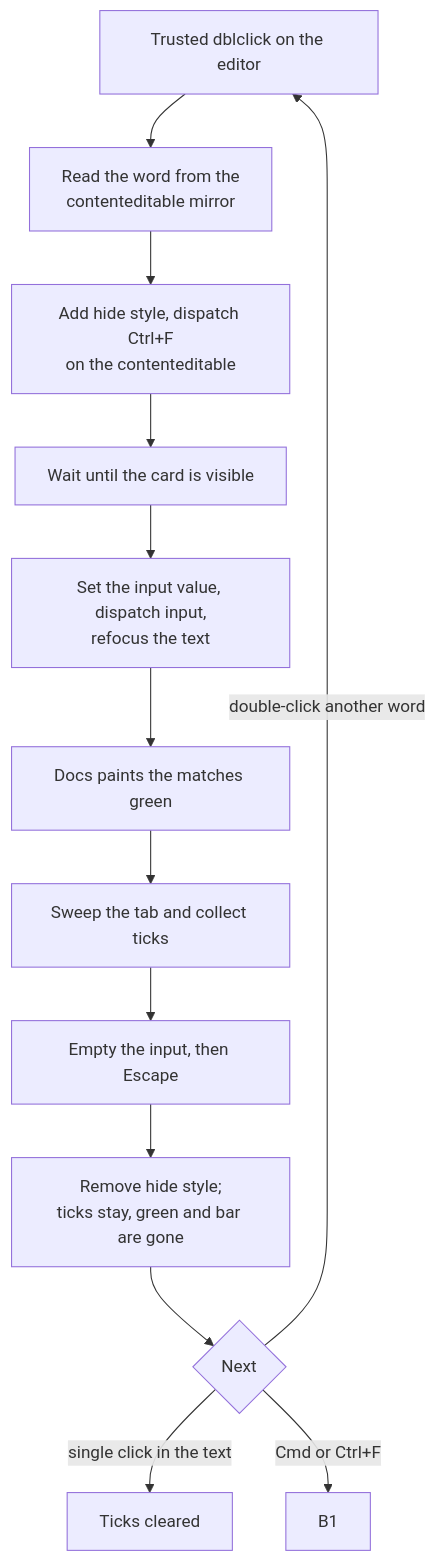
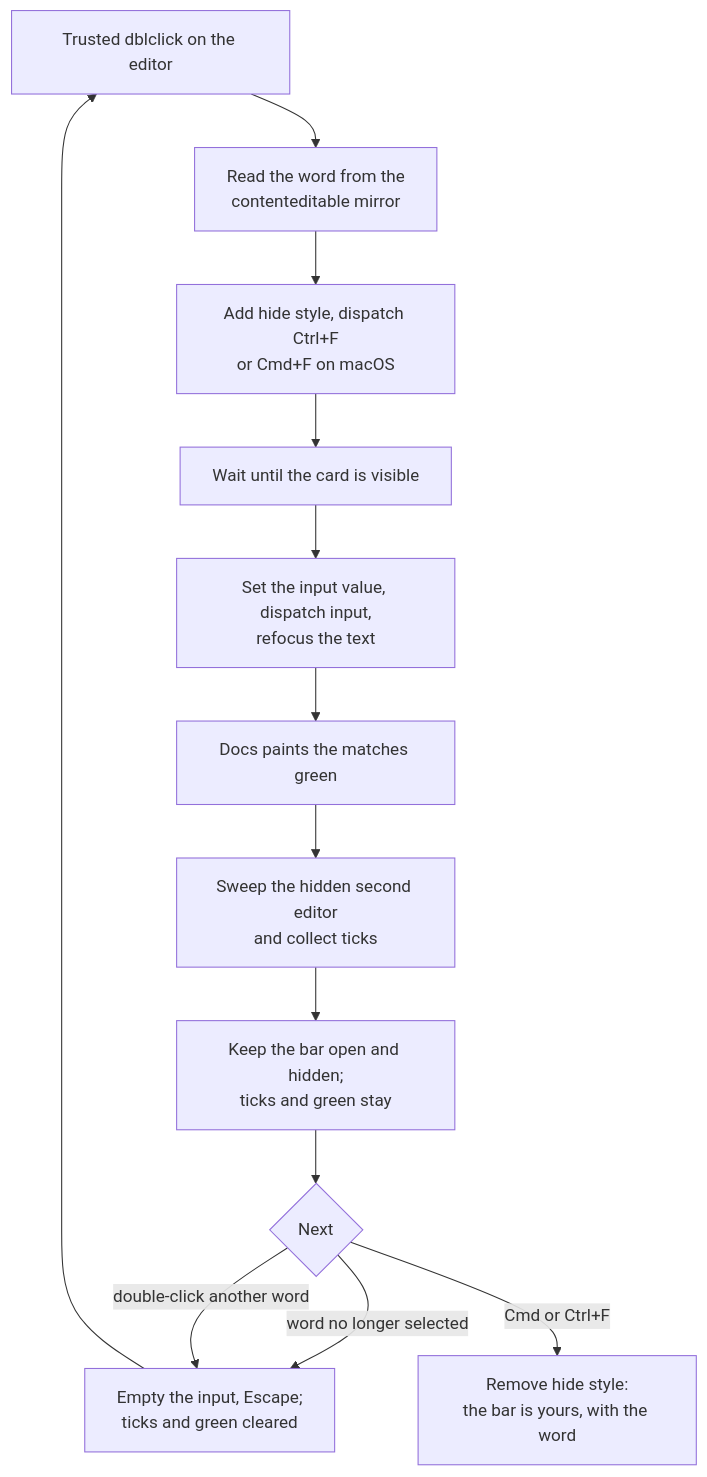
Before and after one commit to luutuankiet/js_scripts: the first of 2 diagrams in docs/architecture/gdocs-find-helpers.md, drawn with Mermaid. The commit also changed other lines of this file and 10 other files, not shown here.

First line of the commit message:
Document gdocs-find-helpers v0.5: hidden second editor, kept highlights, macOS selection

````diff
--- a/docs/architecture/gdocs-find-helpers.md
+++ b/docs/architecture/gdocs-find-helpers.md
@@ -119,15 +141,14 @@
 ```mermaid
 flowchart TD
   A1[Trusted dblclick on the editor] --> A2[Read the word from the<br/>contenteditable mirror]
-  A2 --> A3[Add hide style, dispatch Ctrl+F<br/>on the contenteditable]
+  A2 --> A3[Add hide style, dispatch Ctrl+F<br/>or Cmd+F on macOS]
   A3 --> A4[Wait until the card is visible]
   A4 --> A5[Set the input value, dispatch input,<br/>refocus the text]
   A5 --> A6[Docs paints the matches green]
-  A6 --> A7[Sweep the tab and collect ticks]
-  A7 --> A8[Empty the input, then Escape]
-  A8 --> A9[Remove hide style;<br/>ticks stay, green and bar are gone]
-  A9 --> A10{Next}
-  A10 -->|single click in the text| A11[Ticks cleared]
-  A10 -->|double-click another word| A1
-  A10 -->|Cmd or Ctrl+F| B1
+  A6 --> A7[Sweep the hidden second editor<br/>and collect ticks]
+  A7 --> A8[Keep the bar open and hidden;<br/>ticks and green stay]
+  A8 --> A10{Next}
+  A10 -->|word no longer selected| A11[Empty the input, Escape;<br/>ticks and green cleared]
+  A10 -->|double-click another word| A11 --> A1
+  A10 -->|Cmd or Ctrl+F| A12[Remove hide style:<br/>the bar is yours, with the word]
 ```
````
